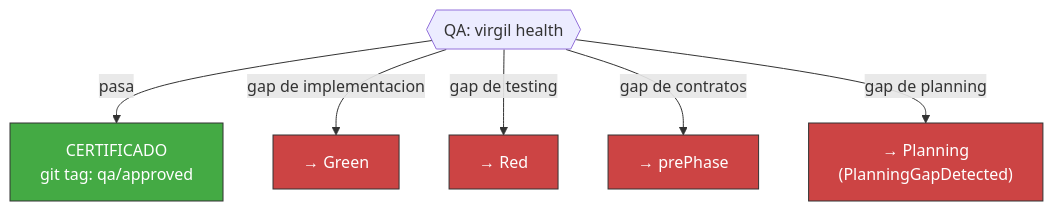
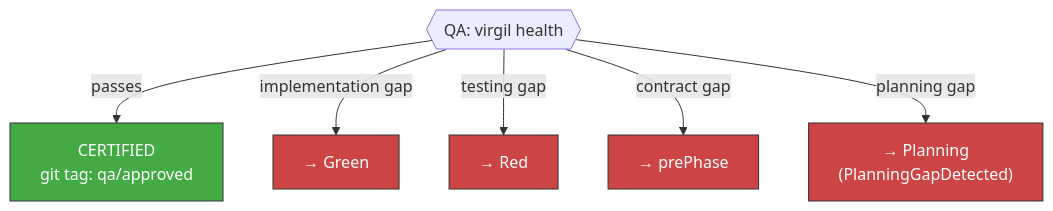
Before and after one commit to virgenherrera/virgil: the diagram in principia/sections/33-accept-reject.md, drawn with Mermaid. The commit also changed other lines of this file and 42 other files, not shown here.

````diff
--- a/principia/sections/33-accept-reject.md
+++ b/principia/sections/33-accept-reject.md
@@ -30,16 +30,16 @@
 ```mermaid
 flowchart TD
     QA{{"QA: virgil health"}}
 
-    QA -->|"pasa"| CERT["CERTIFICADO\ngit tag: qa/approved"]
-    QA -->|"gap de implementacion"| GREEN["→ Green"]
-    QA -->|"gap de testing"| RED["→ Red"]
-    QA -->|"gap de contratos"| PRE["→ prePhase"]
-    QA -->|"gap de planning"| PLANNING["→ Planning\n(PlanningGapDetected)"]
+    QA -->|"passes"| CERT["CERTIFIED\ngit tag: qa/approved"]
+    QA -->|"implementation gap"| GREEN["→ Green"]
+    QA -->|"testing gap"| RED["→ Red"]
+    QA -->|"contract gap"| PRE["→ prePhase"]
+    QA -->|"planning gap"| PLANNING["→ Planning\n(PlanningGapDetected)"]
 
     style CERT fill:#4a4,stroke:#333,color:#fff
     style GREEN fill:#c44,stroke:#333,color:#fff
     style RED fill:#c44,stroke:#333,color:#fff
     style PRE fill:#c44,stroke:#333,color:#fff
     style PLANNING fill:#c44,stroke:#333,color:#fff
 ```
````
